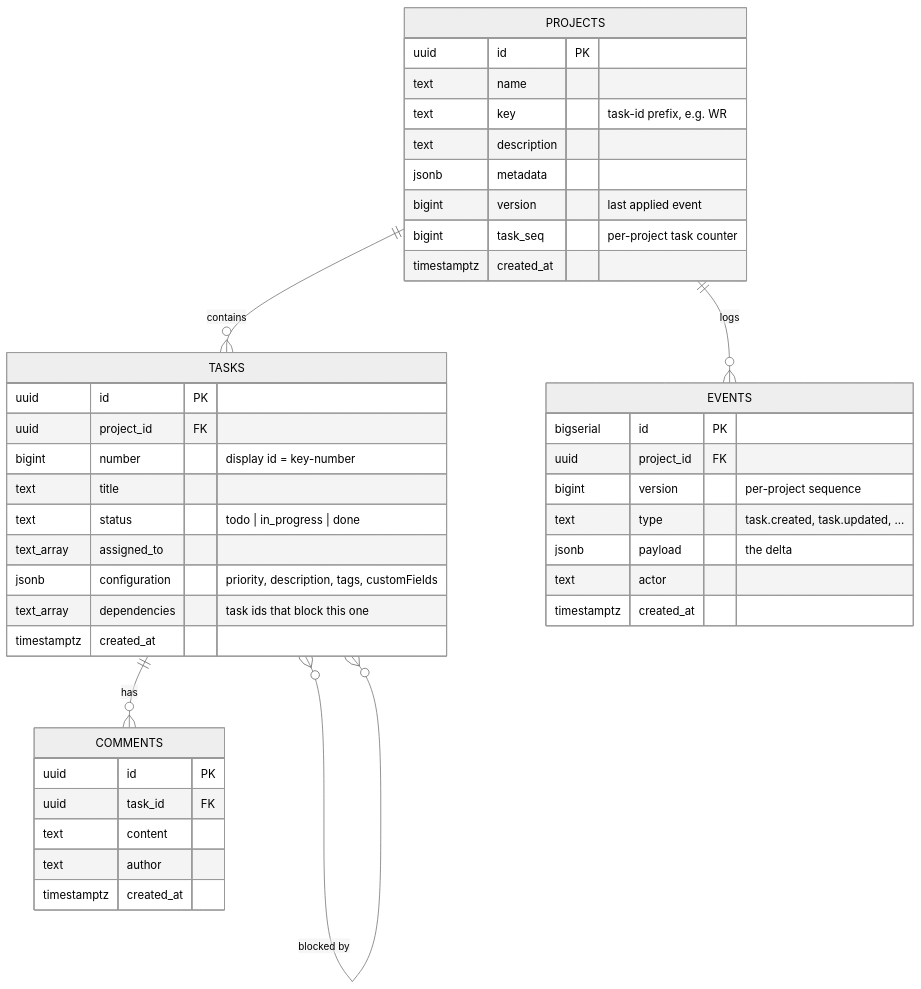
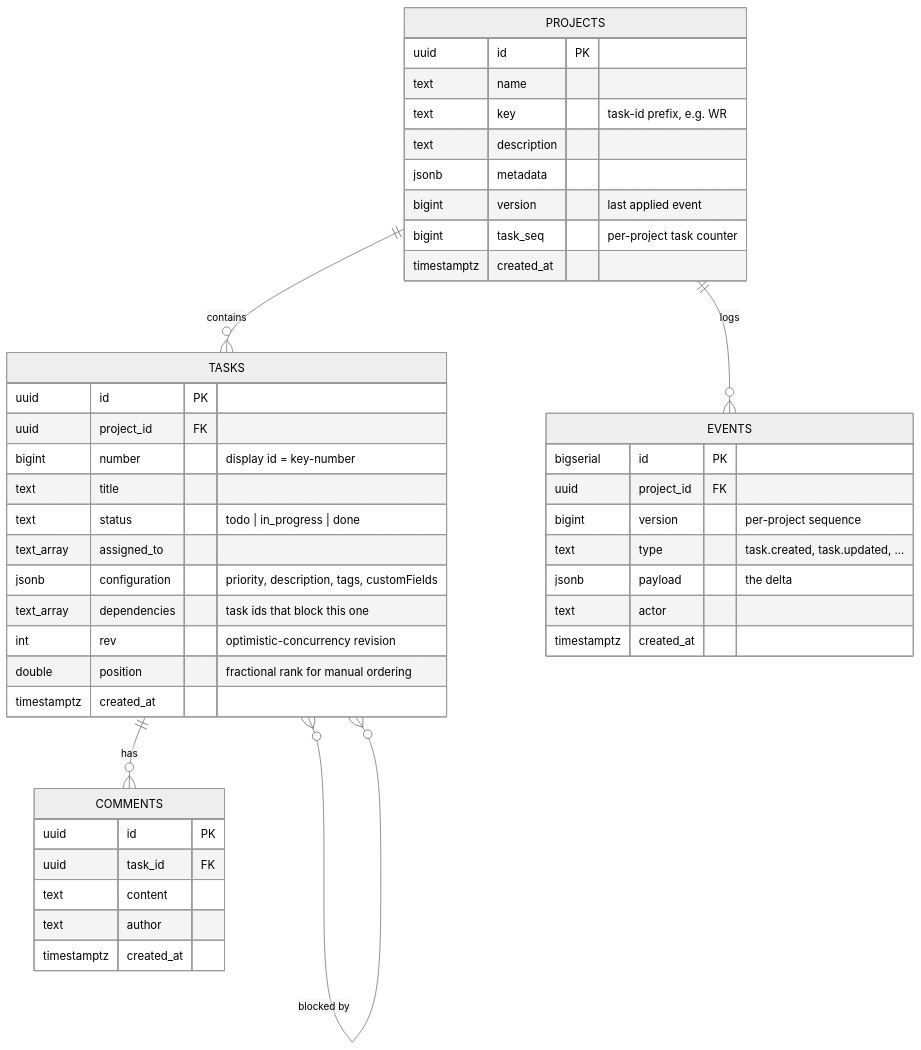
The third of 3 diagrams in README.md (AkashRupapara/taskflow), drawn with Mermaid (neutral theme) before and after one commit. The commit also changed other lines of this file, not shown here.

First line of the commit message:
Document views, ordering, concurrency, fan-out, and their tradeoffs

````diff
--- a/README.md
+++ b/README.md
@@ -107,45 +109,47 @@
 ```mermaid
 erDiagram
   PROJECTS ||--o{ TASKS : contains
   PROJECTS ||--o{ EVENTS : logs
   TASKS ||--o{ COMMENTS : has
   TASKS }o--o{ TASKS : "blocked by"
 
   PROJECTS {
     uuid id PK
     text name
     text key "task-id prefix, e.g. WR"
     text description
     jsonb metadata
     bigint version "last applied event"
     bigint task_seq "per-project task counter"
     timestamptz created_at
   }
   TASKS {
     uuid id PK
     uuid project_id FK
     bigint number "display id = key-number"
     text title
     text status "todo | in_progress | done"
     text_array assigned_to
     jsonb configuration "priority, description, tags, customFields"
     text_array dependencies "task ids that block this one"
+    int rev "optimistic-concurrency revision"
+    double position "fractional rank for manual ordering"
     timestamptz created_at
   }
   COMMENTS {
     uuid id PK
     uuid task_id FK
     text content
     text author
     timestamptz created_at
   }
   EVENTS {
     bigserial id PK
     uuid project_id FK
     bigint version "per-project sequence"
     text type "task.created, task.updated, ..."
     jsonb payload "the delta"
     text actor
     timestamptz created_at
   }
 ```
````
